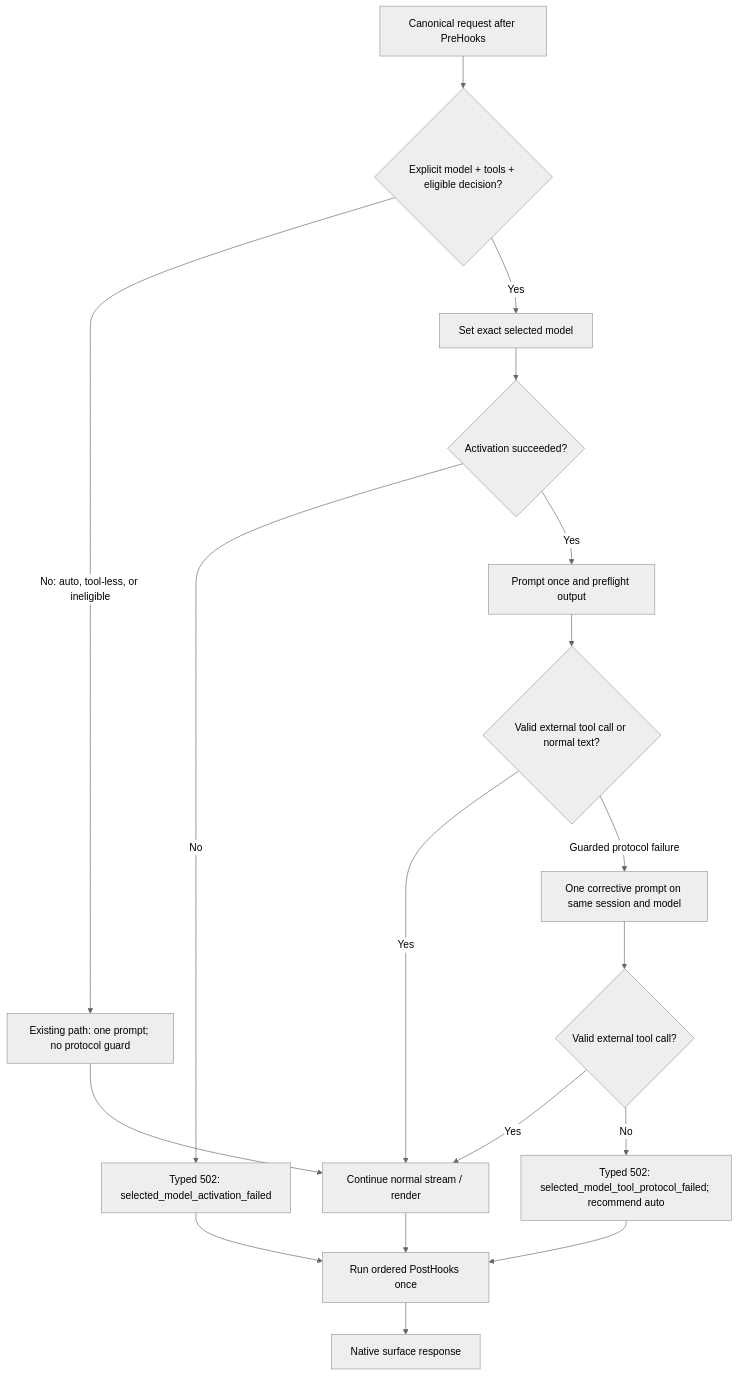
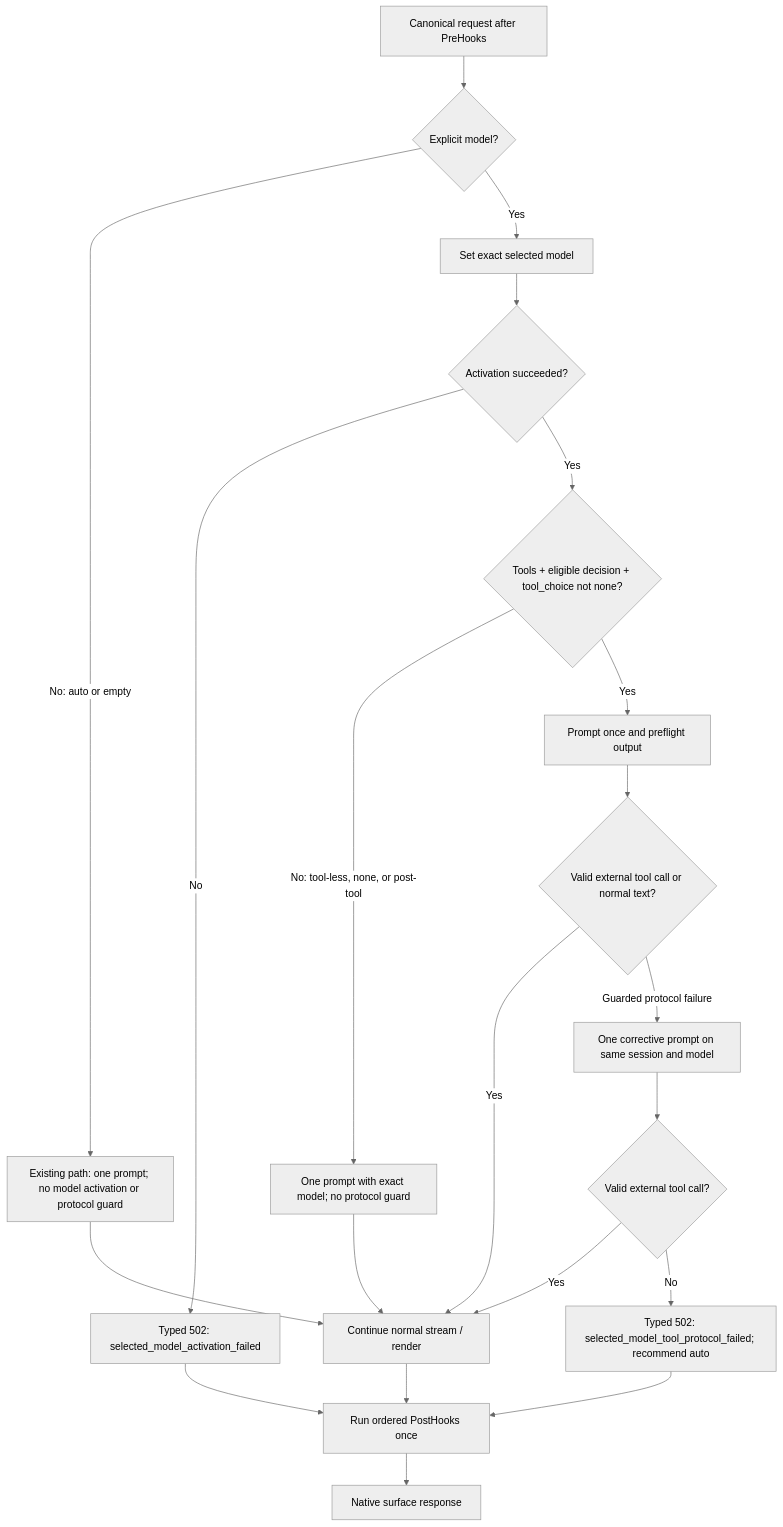
One commit to cmetech/otto-gateway changed the second of 2 diagrams in docs/architecture/otto-gateway-architecture-and-reliability.md. Above: the diagram before and after it, drawn with Mermaid (neutral theme). The commit also changed other lines of this file and 10 other files, not shown here.

Commit message:
fix: harden selected-model recovery final wave

````diff
--- a/docs/architecture/otto-gateway-architecture-and-reliability.md
+++ b/docs/architecture/otto-gateway-architecture-and-reliability.md
@@ -104,20 +104,23 @@
 ```mermaid
 flowchart TD
-    R[Canonical request after PreHooks] --> G{Explicit model + tools + eligible decision?}
-    G -- No: auto, tool-less, or ineligible --> U[Existing path: one prompt; no protocol guard]
-    G -- Yes --> S[Set exact selected model]
+    R[Canonical request after PreHooks] --> M{Explicit model?}
+    M -- No: auto or empty --> U[Existing path: one prompt; no model activation or protocol guard]
+    M -- Yes --> S[Set exact selected model]
     S --> SA{Activation succeeded?}
     SA -- No --> E1[Typed 502: selected_model_activation_failed]
-    SA -- Yes --> P1[Prompt once and preflight output]
+    SA -- Yes --> G{Tools + eligible decision + tool_choice not none?}
+    G -- No: tool-less, none, or post-tool --> U2[One prompt with exact model; no protocol guard]
+    G -- Yes --> P1[Prompt once and preflight output]
     P1 --> V1{Valid external tool call or normal text?}
     V1 -- Yes --> O[Continue normal stream / render]
     V1 -- Guarded protocol failure --> P2[One corrective prompt on same session and model]
     P2 --> V2{Valid external tool call?}
     V2 -- Yes --> O
     V2 -- No --> E2[Typed 502: selected_model_tool_protocol_failed; recommend auto]
     U --> O
+    U2 --> O
     O --> H[Run ordered PostHooks once]
     E1 --> H
     E2 --> H
     H --> N[Native surface response]
 ```
````
